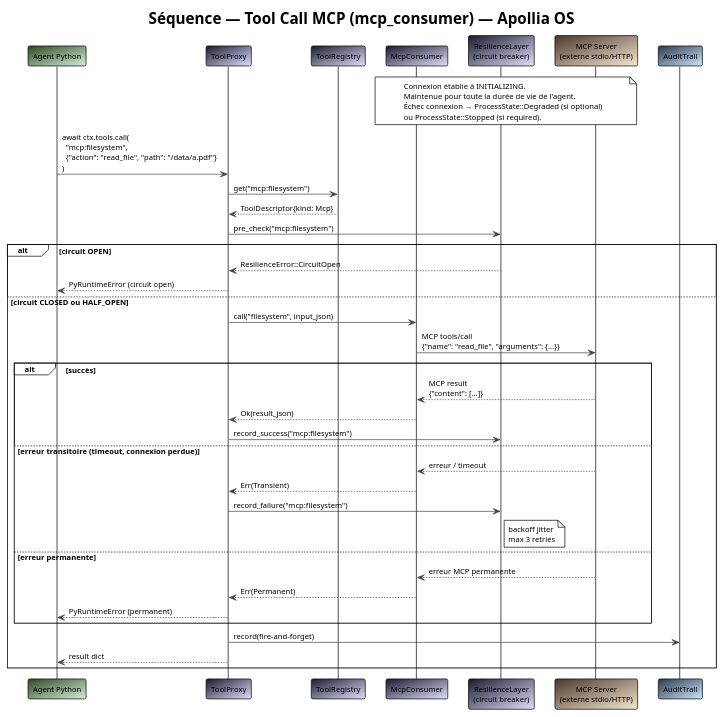
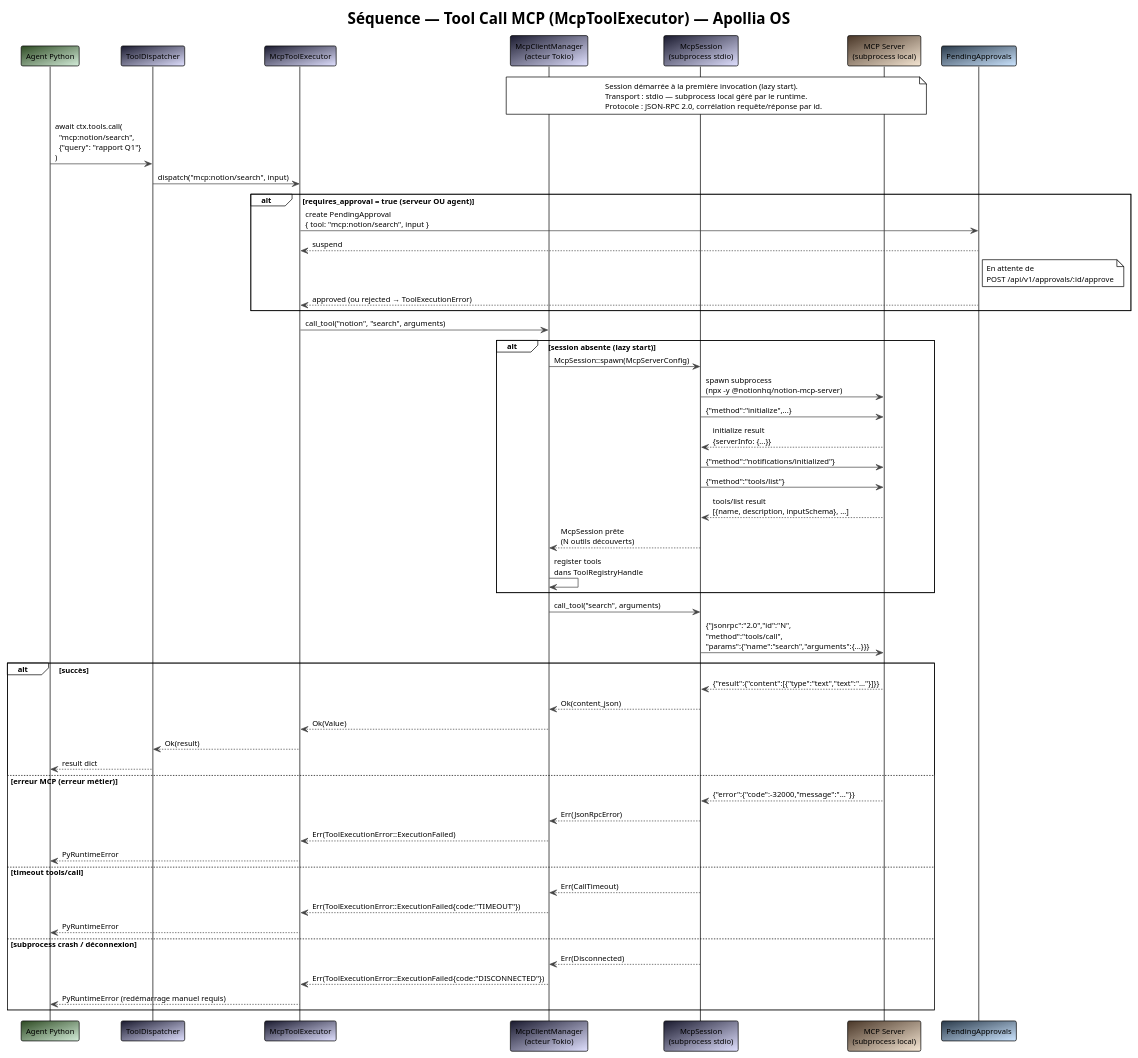
Before and after one commit to nidal-z/apollia-os: the diagram in docs/diagrams/seq-tool-call-mcp.puml, drawn with PlantUML. The commit also changed 13 other files, not shown here.

First line of the commit message:
feat(mcp): add Client MCP documentation and update architecture diagrams

```diff
--- a/docs/diagrams/seq-tool-call-mcp.puml
+++ b/docs/diagrams/seq-tool-call-mcp.puml
@@ -1,62 +1,77 @@
 @startuml seq-tool-call-mcp
 !theme plain
 skinparam backgroundColor #FFFFFF
 skinparam defaultFontName "JetBrains Mono"
 skinparam defaultFontSize 11
 skinparam ArrowColor #444444
 skinparam BorderColor #444444
 
-title Séquence — Tool Call MCP (mcp_consumer) — Apollia OS
+title Séquence — Tool Call MCP (McpToolExecutor) — Apollia OS
 
 participant "Agent Python" as agent #2d4a22/d4edda
-participant "ToolProxy" as proxy #1a1a2e/e0e0ff
-participant "ToolRegistry" as reg #1a1a2e/e0e0ff
-participant "McpConsumer" as mcp_c #1a1a2e/e0e0ff
-participant "ResilienceLayer\n(circuit breaker)" as resilience #1a1a2e/e0e0ff
-participant "MCP Server\n(externe stdio/HTTP)" as mcp_s #4a3728/f5e6d3
-participant "AuditTrail" as audit #2a3a4a/cce5ff
+participant "ToolDispatcher" as dispatcher #1a1a2e/e0e0ff
+participant "McpToolExecutor" as executor #1a1a2e/e0e0ff
+participant "McpClientManager\n(acteur Tokio)" as manager #1a1a2e/e0e0ff
+participant "McpSession\n(subprocess stdio)" as session #1a1a2e/e0e0ff
+participant "MCP Server\n(subprocess local)" as mcp_s #4a3728/f5e6d3
+participant "PendingApprovals" as hitl #2a3a4a/cce5ff
 
-note over mcp_c, mcp_s
-  Connexion établie à INITIALIZING.
-  Maintenue pour toute la durée de vie de l'agent.
-  Échec connexion → ProcessState::Degraded (si optional)
-  ou ProcessState::Stopped (si required).
+note over manager, mcp_s
+  Session démarrée à la première invocation (lazy start).
+  Transport : stdio — subprocess local géré par le runtime.
+  Protocole : JSON-RPC 2.0, corrélation requête/réponse par id.
 end note
 
-agent -> proxy : await ctx.tools.call(\n  "mcp:filesystem",\n  {"action": "read_file", "path": "/data/a.pdf"}\n)
+agent -> dispatcher : await ctx.tools.call(\n  "mcp:notion/search",\n  {"query": "rapport Q1"}\n)
 
-proxy -> reg : get("mcp:filesystem")
-reg --> proxy : ToolDescriptor{kind: Mcp}
+dispatcher -> executor : dispatch("mcp:notion/search", input)
 
-proxy -> resilience : pre_check("mcp:filesystem")
+alt requires_approval = true (serveur OU agent)
+  executor -> hitl : create PendingApproval\n{ tool: "mcp:notion/search", input }
+  hitl --> executor : suspend
+  note right of hitl : En attente de\nPOST /api/v1/approvals/:id/approve
+  hitl --> executor : approved (ou rejected → ToolExecutionError)
+end
 
-alt circuit OPEN
-  resilience --> proxy : ResilienceError::CircuitOpen
-  proxy --> agent : PyRuntimeError (circuit open)
-else circuit CLOSED ou HALF_OPEN
-  proxy -> mcp_c : call("filesystem", input_json)
+executor -> manager : call_tool("notion", "search", arguments)
 
-  mcp_c -> mcp_s : MCP tools/call\n{"name": "read_file", "arguments": {...}}
+alt session absente (lazy start)
+  manager -> session : McpSession::spawn(McpServerConfig)
+  session -> mcp_s : spawn subprocess\n(npx -y @notionhq/notion-mcp-server)
+  session -> mcp_s : {"method":"initialize",...}
+  mcp_s --> session : initialize result\n{serverInfo: {...}}
+  session -> mcp_s : {"method":"notifications/initialized"}
+  session -> mcp_s : {"method":"tools/list"}
+  mcp_s --> session : tools/list result\n[{name, description, inputSchema}, ...]
+  session --> manager : McpSession prête\n(N outils découverts)
+  manager -> manager : register tools\ndans ToolRegistryHandle
+end
 
-  alt succès
-    mcp_s --> mcp_c : MCP result\n{"content": [...]}
-    mcp_c --> proxy : Ok(result_json)
-    proxy -> resilience : record_success("mcp:filesystem")
+manager -> session : call_tool("search", arguments)
+session -> mcp_s : {"jsonrpc":"2.0","id":"N",\n"method":"tools/call",\n"params":{"name":"search","arguments":{...}}}
 
-  else erreur transitoire (timeout, connexion perdue)
-    mcp_s --> mcp_c : erreur / timeout
-    mcp_c --> proxy : Err(Transient)
-    proxy -> resilience : record_failure("mcp:filesystem")
-    note right of resilience : backoff jitter\nmax 3 retries
+alt succès
+  mcp_s --> session : {"result":{"content":[{"type":"text","text":"..."}]}}
+  session --> manager : Ok(content_json)
+  manager --> executor : Ok(Value)
+  executor --> dispatcher : Ok(result)
+  dispatcher --> agent : result dict
 
-  else erreur permanente
-    mcp_s --> mcp_c : erreur MCP permanente
-    mcp_c --> proxy : Err(Permanent)
-    proxy --> agent : PyRuntimeError (permanent)
-  end
+else erreur MCP (erreur métier)
+  mcp_s --> session : {"error":{"code":-32000,"message":"..."}}
+  session --> manager : Err(JsonRpcError)
+  manager --> executor : Err(ToolExecutionError::ExecutionFailed)
+  executor --> agent : PyRuntimeError
 
-  proxy -> audit : record(fire-and-forget)
-  proxy --> agent : result dict
+else timeout tools/call
+  session --> manager : Err(CallTimeout)
+  manager --> executor : Err(ToolExecutionError::ExecutionFailed{code:"TIMEOUT"})
+  executor --> agent : PyRuntimeError
+
+else subprocess crash / déconnexion
+  session --> manager : Err(Disconnected)
+  manager --> executor : Err(ToolExecutionError::ExecutionFailed{code:"DISCONNECTED"})
+  executor --> agent : PyRuntimeError (redémarrage manuel requis)
 end
 
 @enduml
```
